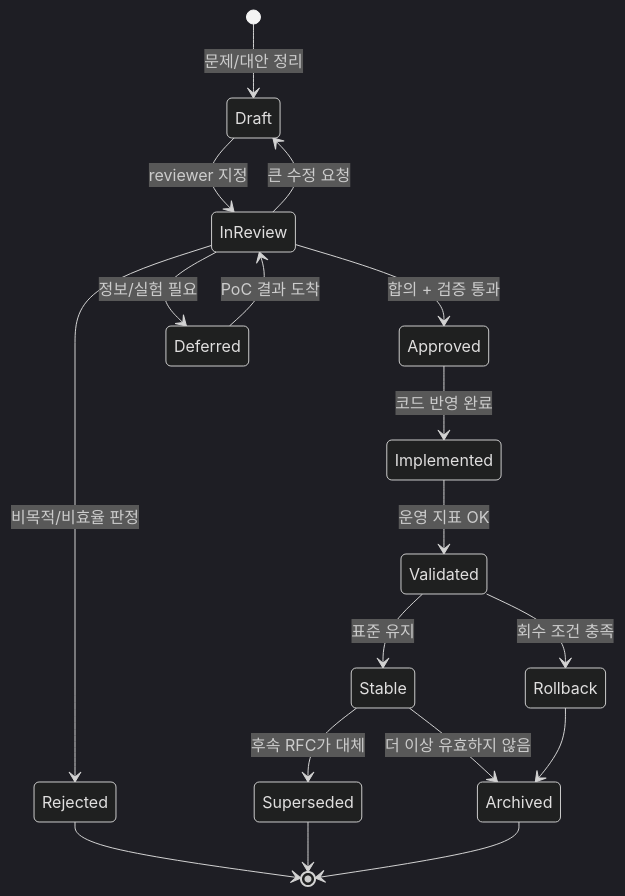
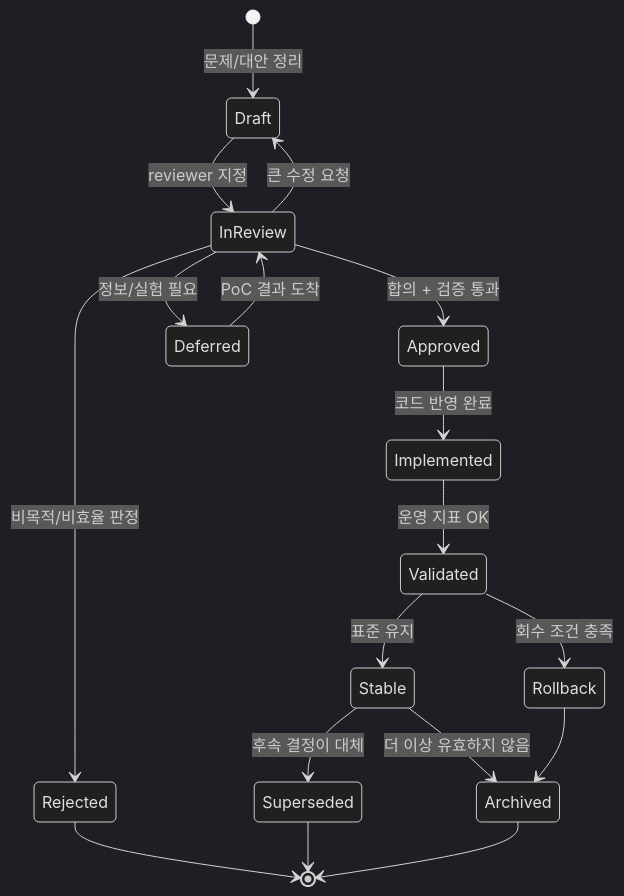
The fourth of 8 diagrams in public/개발가이드/15_RFC_의사결정_프로세스.md (blue45f/heejun), drawn with Mermaid (dark theme) before and after one commit. The commit also changed other lines of this file and 23 other files, not shown here.

````diff
--- a/public/개발가이드/15_RFC_의사결정_프로세스.md
+++ b/public/개발가이드/15_RFC_의사결정_프로세스.md
@@ -194,20 +200,20 @@
 ```mermaid
 stateDiagram-v2
   [*] --> Draft: 문제/대안 정리
   Draft --> InReview: reviewer 지정
   InReview --> Draft: 큰 수정 요청
   InReview --> Approved: 합의 + 검증 통과
   InReview --> Rejected: 비목적/비효율 판정
   InReview --> Deferred: 정보/실험 필요
   Deferred --> InReview: PoC 결과 도착
   Approved --> Implemented: 코드 반영 완료
   Implemented --> Validated: 운영 지표 OK
   Validated --> Stable: 표준 유지
-  Stable --> Superseded: 후속 RFC가 대체
+  Stable --> Superseded: 후속 결정이 대체
   Stable --> Archived: 더 이상 유효하지 않음
   Validated --> Rollback: 회수 조건 충족
   Rollback --> Archived
   Rejected --> [*]
   Superseded --> [*]
   Archived --> [*]
 ```
````
